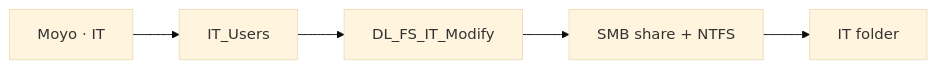
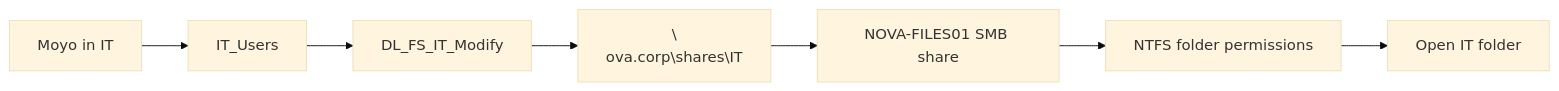
One commit to EtiDavid/Nova-Corp changed the diagram in docs/explore/FILE_SERVICES.md. Above: the diagram before and after it, drawn with Mermaid (base theme). The commit also changed other lines of this file and 7 other files, not shown here.

````diff
--- a/docs/explore/FILE_SERVICES.md
+++ b/docs/explore/FILE_SERVICES.md
@@ -17,7 +19,9 @@
 ```mermaid
 flowchart LR
-    MO["Moyo · IT"] --> GG["IT_Users"]
-    GG --> DL["DL_FS_IT_Modify"]
-    DL --> ACL["SMB share + NTFS"]
-    ACL --> F["IT folder"]
+    A["Moyo in IT"] --> G["IT_Users"]
+    G --> L["DL_FS_IT_Modify"]
+    L --> DFS["\\nova.corp\shares\IT"]
+    DFS --> SMB["NOVA-FILES01 SMB share"]
+    SMB --> NTFS["NTFS folder permissions"]
+    NTFS --> OK["Open IT folder"]
 ```
````
